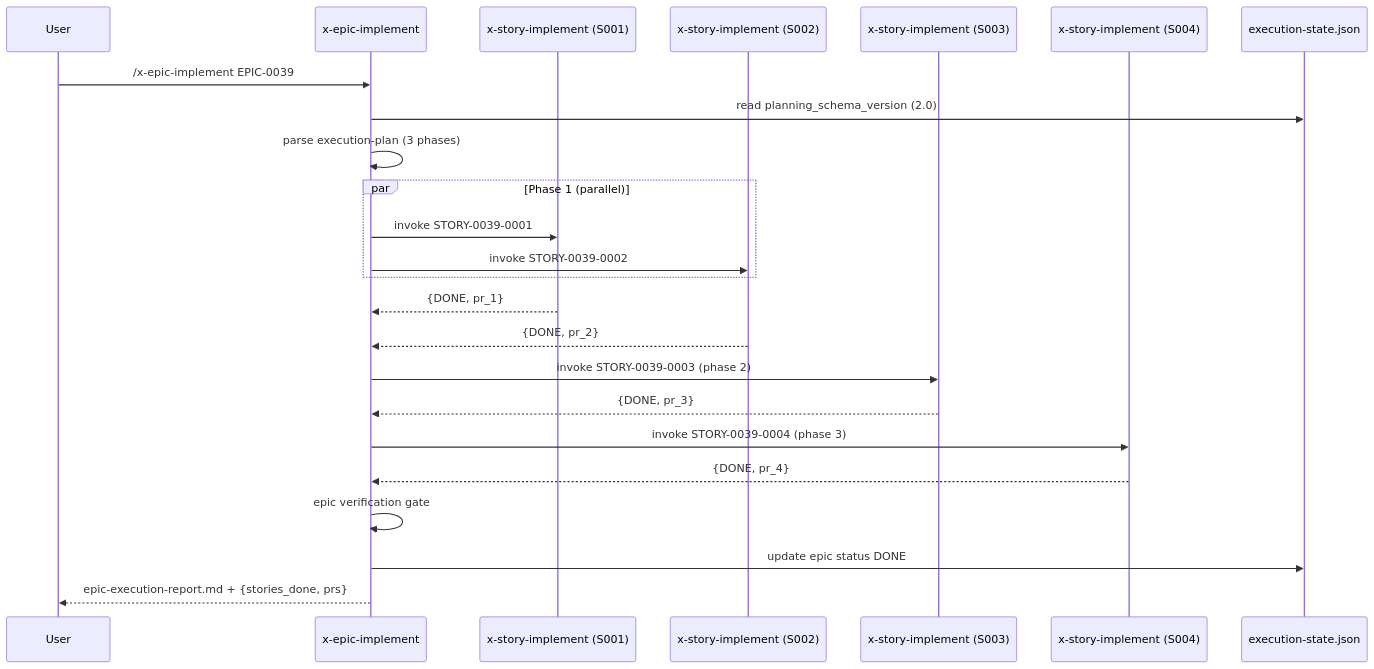
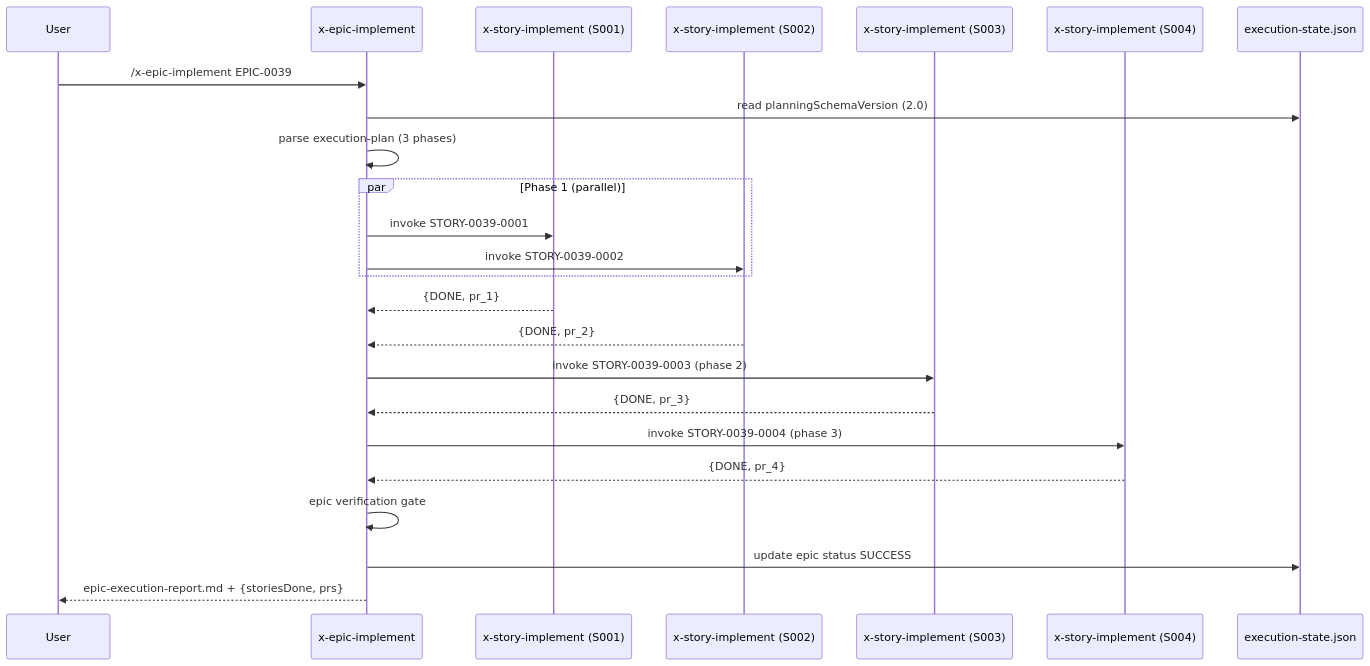
Before and after one commit to edercnj/ia-dev-environment: the second of 2 diagrams in plans/epic-0038/story-0038-0007.md, drawn with Mermaid. The commit also changed other lines of this file and 11 other files, not shown here.

````diff
--- a/plans/epic-0038/story-0038-0007.md
+++ b/plans/epic-0038/story-0038-0007.md
@@ -199,27 +202,27 @@
 ```mermaid
 sequenceDiagram
     participant U as User
     participant EI as x-epic-implement
     participant SI1 as x-story-implement (S001)
     participant SI2 as x-story-implement (S002)
     participant SI3 as x-story-implement (S003)
     participant SI4 as x-story-implement (S004)
     participant ES as execution-state.json
 
     U->>EI: /x-epic-implement EPIC-0039
-    EI->>ES: read planning_schema_version (2.0)
+    EI->>ES: read planningSchemaVersion (2.0)
     EI->>EI: parse execution-plan (3 phases)
     par Phase 1 (parallel)
         EI->>SI1: invoke STORY-0039-0001
         EI->>SI2: invoke STORY-0039-0002
     end
     SI1-->>EI: {DONE, pr_1}
     SI2-->>EI: {DONE, pr_2}
     EI->>SI3: invoke STORY-0039-0003 (phase 2)
     SI3-->>EI: {DONE, pr_3}
     EI->>SI4: invoke STORY-0039-0004 (phase 3)
     SI4-->>EI: {DONE, pr_4}
     EI->>EI: epic verification gate
-    EI->>ES: update epic status DONE
-    EI-->>U: epic-execution-report.md + {stories_done, prs}
+    EI->>ES: update epic status SUCCESS
+    EI-->>U: epic-execution-report.md + {storiesDone, prs}
 ```
````
